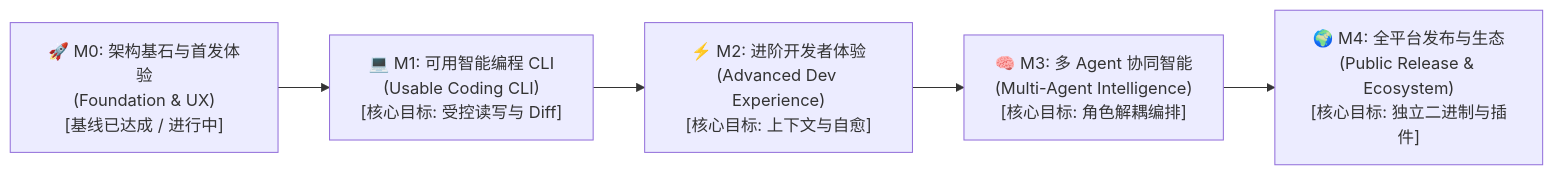
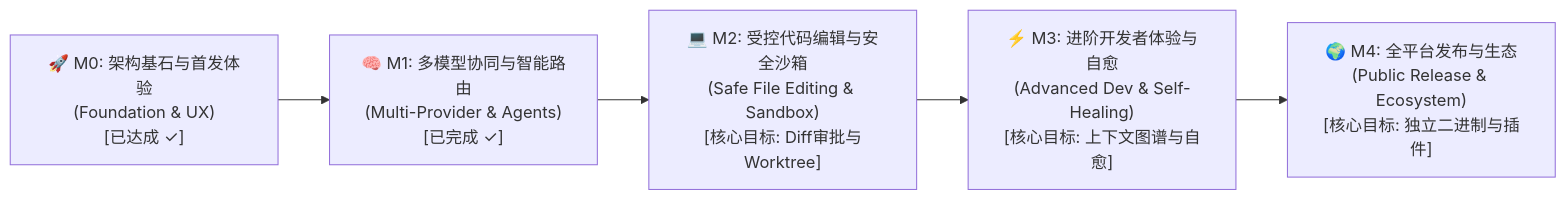
Before and after one commit to Aoody743/nightglide-cli: the diagram in docs/ROADMAP.md, drawn with Mermaid. The commit also changed other lines of this file and 8 other files, not shown here.

Commit message:
test: verify multi-provider agent collaboration

````diff
--- a/docs/ROADMAP.md
+++ b/docs/ROADMAP.md
@@ -12,10 +12,10 @@
 ```mermaid
 flowchart LR
-    M0["🚀 M0: 架构基石与首发体验\n(Foundation & UX)\n[基线已达成 / 进行中]"]
-    M1["💻 M1: 可用智能编程 CLI\n(Usable Coding CLI)\n[核心目标: 受控读写与 Diff]"]
-    M2["⚡ M2: 进阶开发者体验\n(Advanced Dev Experience)\n[核心目标: 上下文与自愈]"]
-    M3["🧠 M3: 多 Agent 协同智能\n(Multi-Agent Intelligence)\n[核心目标: 角色解耦编排]"]
+    M0["🚀 M0: 架构基石与首发体验\n(Foundation & UX)\n[已达成 ✓]"]
+    M1["🧠 M1: 多模型协同与智能路由\n(Multi-Provider & Agents)\n[已完成 ✓]"]
+    M2["💻 M2: 受控代码编辑与安全沙箱\n(Safe File Editing & Sandbox)\n[核心目标: Diff审批与Worktree]"]
+    M3["⚡ M3: 进阶开发者体验与自愈\n(Advanced Dev & Self-Healing)\n[核心目标: 上下文图谱与自愈]"]
     M4["🌍 M4: 全平台发布与生态\n(Public Release & Ecosystem)\n[核心目标: 独立二进制与插件]"]
 
     M0 --> M1 --> M2 --> M3 --> M4
 ```
````
